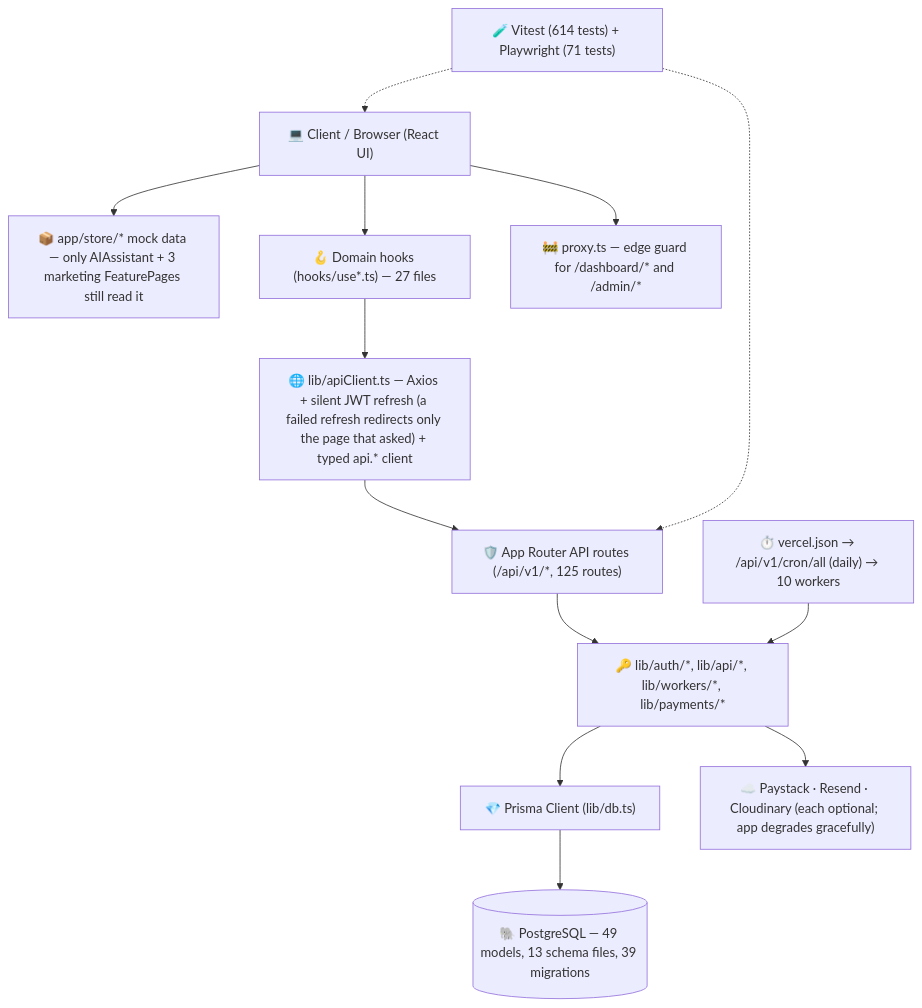
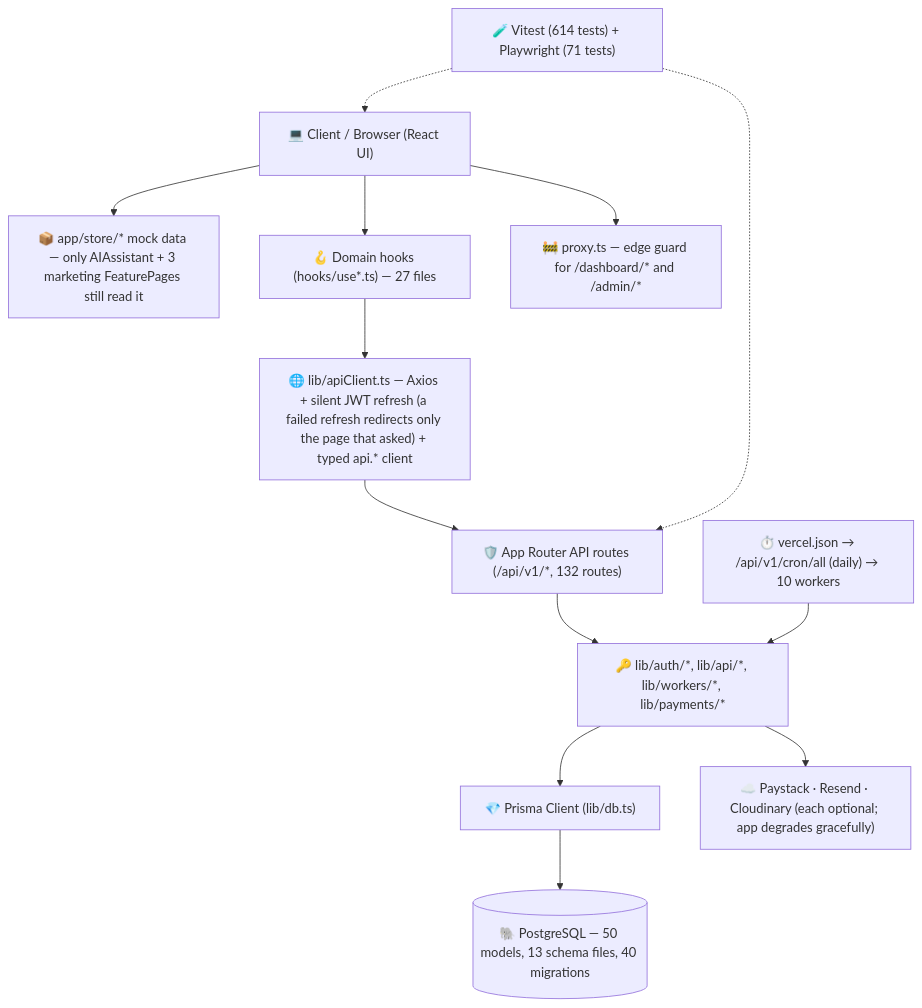
One commit to Proplity/proplity changed the diagram in PROJECT_STRUCTURE.md. Above: the diagram before and after it, drawn with Mermaid. The commit also changed other lines of this file and 46 other files, not shown here.

````diff
--- a/PROJECT_STRUCTURE.md
+++ b/PROJECT_STRUCTURE.md
@@ -11,28 +11,28 @@
 ```mermaid
 graph TD
     Client["💻 Client / Browser (React UI)"]
     Store["📦 app/store/* mock data — only AIAssistant + 3 marketing FeaturePages still read it"]
     Hooks["🪝 Domain hooks (hooks/use*.ts) — 27 files"]
     ApiClient["🌐 lib/apiClient.ts — Axios + silent JWT refresh (a failed refresh redirects only the page that asked) + typed api.* client"]
     Proxy["🚧 proxy.ts — edge guard for /dashboard/* and /admin/*"]
-    NextApi["🛡️ App Router API routes (/api/v1/*, 125 routes)"]
+    NextApi["🛡️ App Router API routes (/api/v1/*, 132 routes)"]
     LibCore["🔑 lib/auth/*, lib/api/*, lib/workers/*, lib/payments/*"]
     PrismaClient["💎 Prisma Client (lib/db.ts)"]
-    Postgres[("🐘 PostgreSQL — 49 models, 13 schema files, 39 migrations")]
+    Postgres[("🐘 PostgreSQL — 50 models, 13 schema files, 40 migrations")]
     Cron["⏱️ vercel.json → /api/v1/cron/all (daily) → 10 workers"]
     Ext["☁️ Paystack · Resend · Cloudinary (each optional; app degrades gracefully)"]
     Tests["🧪 Vitest (614 tests) + Playwright (71 tests)"]
 
     Client --> Store
     Client --> Proxy
     Client --> Hooks
     Hooks --> ApiClient
     ApiClient --> NextApi
     NextApi --> LibCore
     LibCore --> PrismaClient
     LibCore --> Ext
     Cron --> LibCore
     PrismaClient --> Postgres
     Tests -.-> NextApi
     Tests -.-> Client
 ```
````
